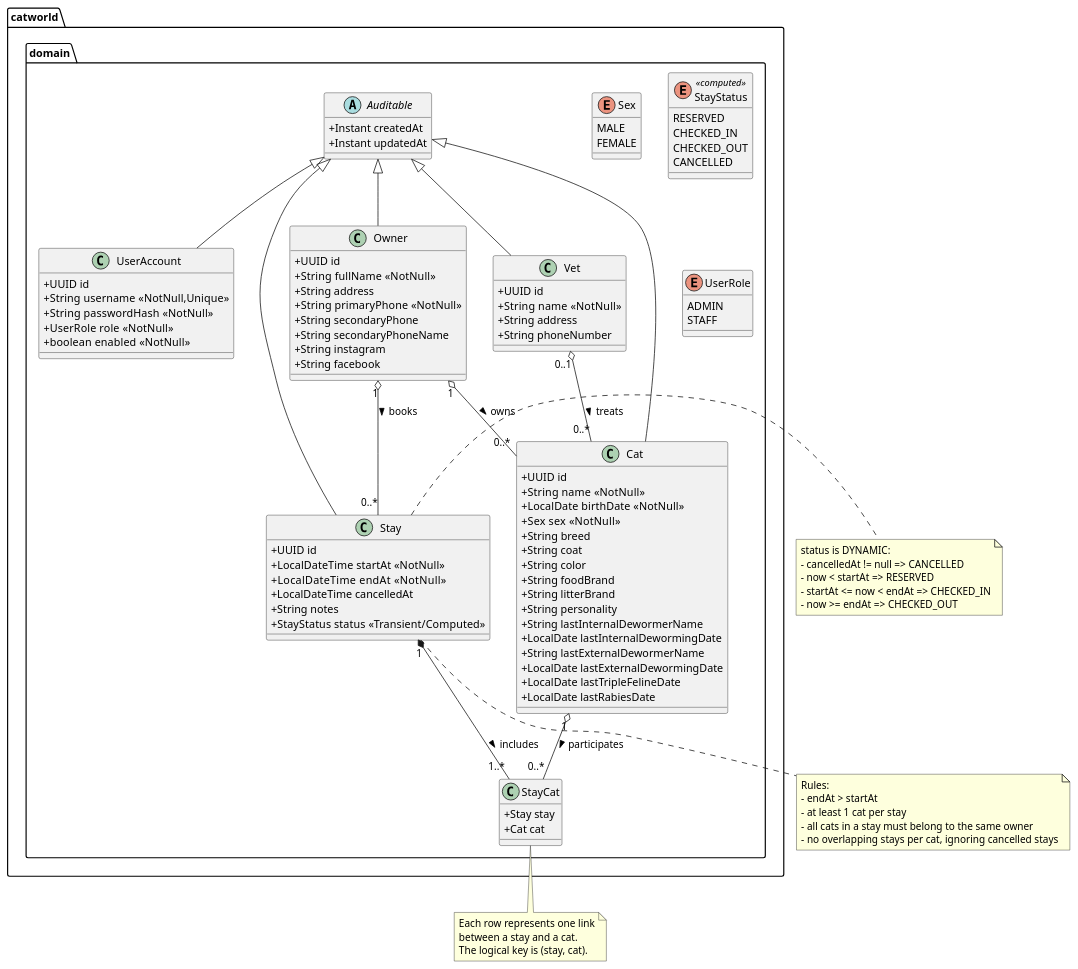
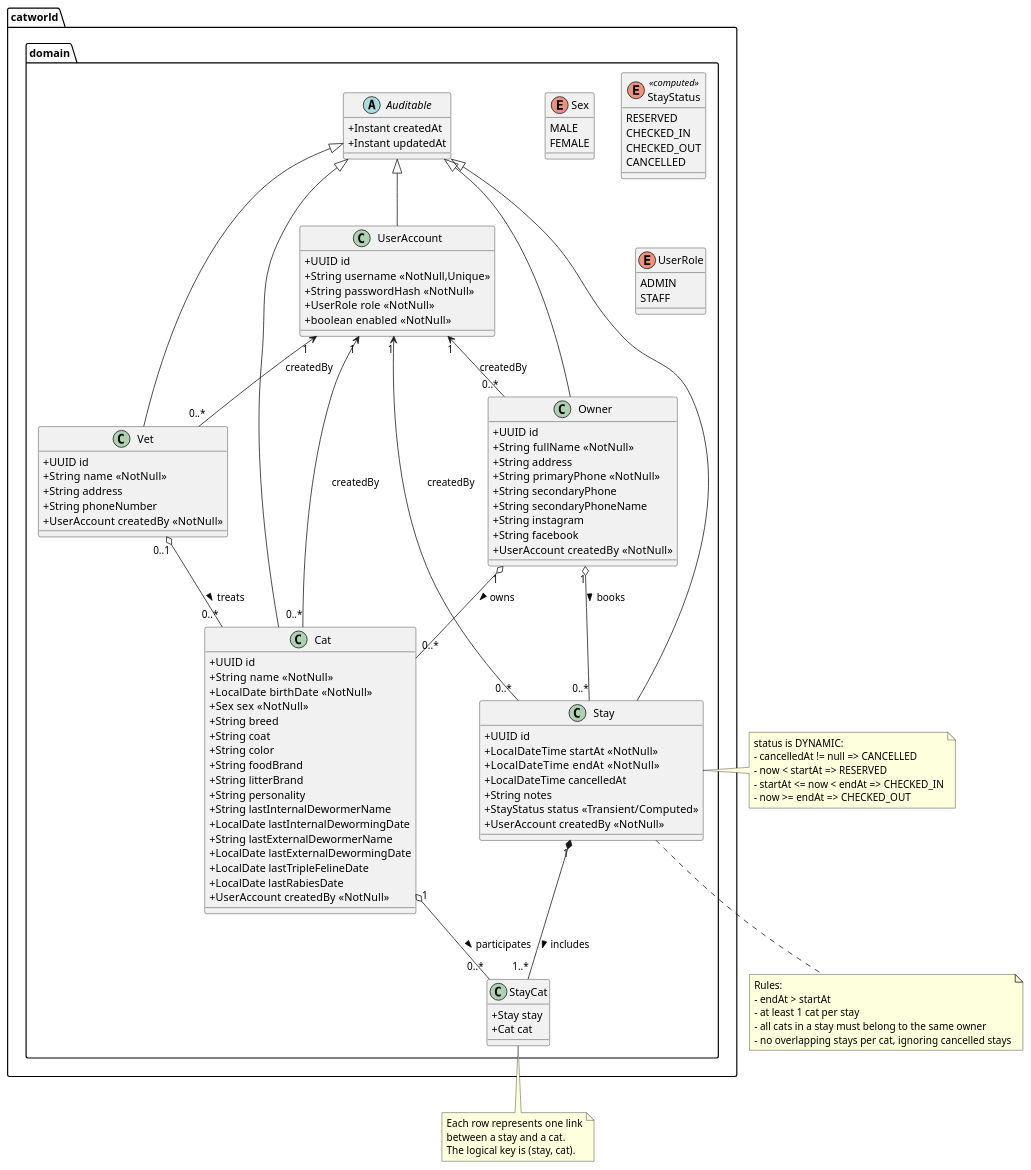
Before and after one commit to TheZenithPassage/catworld: the diagram in docs/uml/01-domain-classes.puml, drawn with PlantUML. The commit also changed 30 other files, not shown here.

```diff
--- a/docs/uml/01-domain-classes.puml
+++ b/docs/uml/01-domain-classes.puml
@@ -1,116 +1,124 @@
 @startuml
 skinparam classAttributeIconSize 0
 
 package "catworld.domain" {
 
   abstract class Auditable {
     +Instant createdAt
     +Instant updatedAt
   }
 
   class Owner extends Auditable {
     +UUID id
     +String fullName  <<NotNull>>
     +String address
     +String primaryPhone  <<NotNull>>
     +String secondaryPhone
     +String secondaryPhoneName
     +String instagram
     +String facebook
+    +UserAccount createdBy  <<NotNull>>
   }
 
   class Vet extends Auditable {
     +UUID id
     +String name  <<NotNull>>
     +String address
     +String phoneNumber
+    +UserAccount createdBy  <<NotNull>>
   }
 
   enum Sex {
     MALE
     FEMALE
   }
 
   class Cat extends Auditable {
     +UUID id
     +String name  <<NotNull>>
     +LocalDate birthDate  <<NotNull>>
     +Sex sex  <<NotNull>>
     +String breed
     +String coat
     +String color
     +String foodBrand
     +String litterBrand
     +String personality
     +String lastInternalDewormerName
     +LocalDate lastInternalDewormingDate
     +String lastExternalDewormerName
     +LocalDate lastExternalDewormingDate
     +LocalDate lastTripleFelineDate
     +LocalDate lastRabiesDate
+    +UserAccount createdBy  <<NotNull>>
   }
 
   enum StayStatus <<computed>> {
     RESERVED
     CHECKED_IN
     CHECKED_OUT
     CANCELLED
   }
 
   class Stay extends Auditable {
     +UUID id
     +LocalDateTime startAt  <<NotNull>>
     +LocalDateTime endAt    <<NotNull>>
     +LocalDateTime cancelledAt
     +String notes
     +StayStatus status  <<Transient/Computed>>
+    +UserAccount createdBy  <<NotNull>>
   }
 
   class StayCat {
     +Stay stay
     +Cat cat
   }
 
   enum UserRole {
     ADMIN
     STAFF
   }
 
   class UserAccount extends Auditable {
     +UUID id
     +String username  <<NotNull,Unique>>
     +String passwordHash  <<NotNull>>
     +UserRole role  <<NotNull>>
     +boolean enabled  <<NotNull>>
   }
 
   Owner "1" o-- "0..*" Cat : owns >
   Vet   "0..1" o-- "0..*" Cat : treats >
   Owner "1" o-- "0..*" Stay : books >
   Stay  "1" *-- "1..*" StayCat : includes >
   Cat   "1" o-- "0..*" StayCat : participates >
+  UserAccount "1" <-- "0..*" Owner : createdBy
+  UserAccount "1" <-- "0..*" Cat : createdBy
+  UserAccount "1" <-- "0..*" Vet : createdBy
+  UserAccount "1" <-- "0..*" Stay : createdBy
 }
 
 note right of Stay
 status is DYNAMIC:
 - cancelledAt != null => CANCELLED
 - now < startAt => RESERVED
 - startAt <= now < endAt => CHECKED_IN
 - now >= endAt => CHECKED_OUT
 end note
 
 note bottom of Stay
 Rules:
 - endAt > startAt
 - at least 1 cat per stay
 - all cats in a stay must belong to the same owner
 - no overlapping stays per cat, ignoring cancelled stays
 end note
 
 note bottom of StayCat
 Each row represents one link
 between a stay and a cat.
 The logical key is (stay, cat).
 end note
 
 @enduml
```
